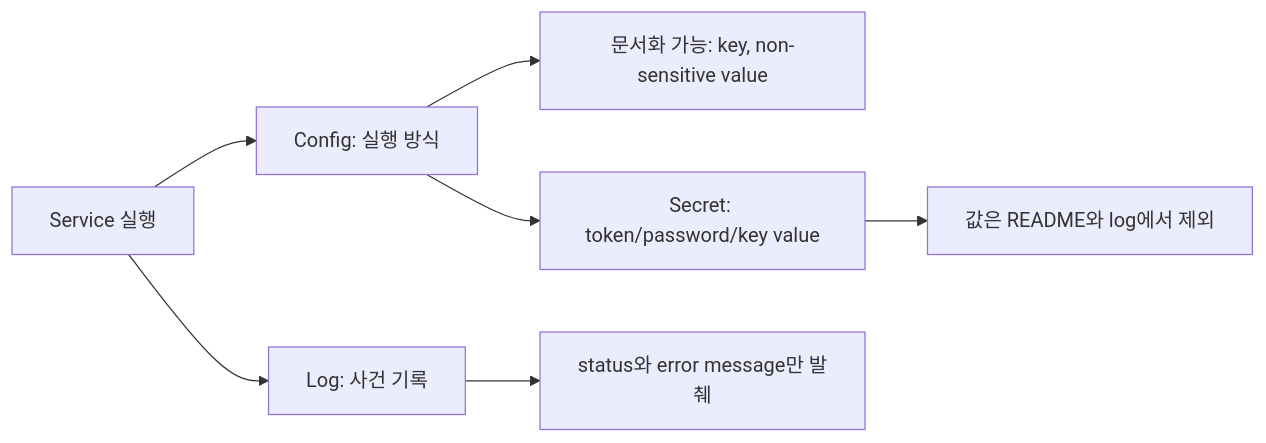
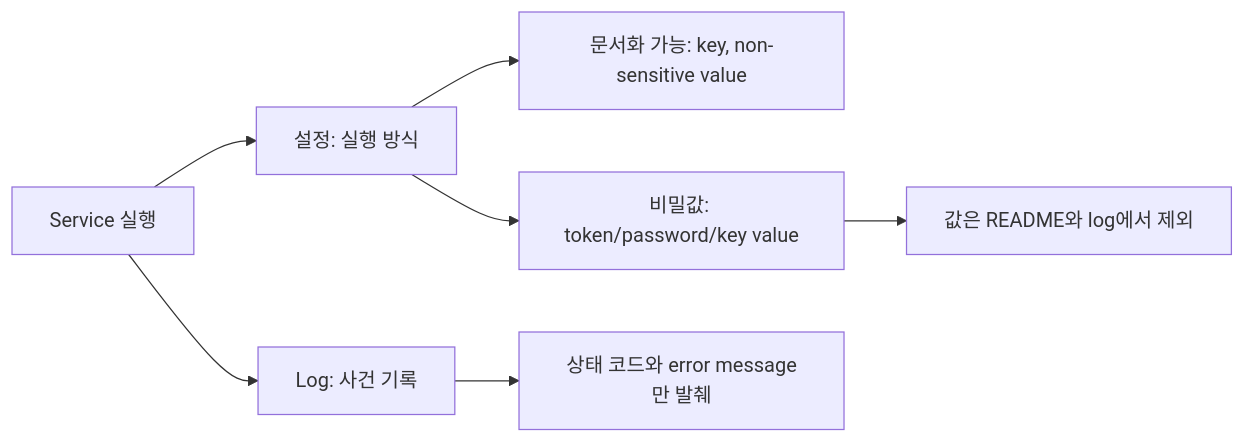
The diagram in week1/day3/lesson-02.md (HwantaLee/w3d3-github-actions-dockerhub), drawn with Mermaid before and after one commit. The commit also changed other lines of this file and 15 other files, not shown here.

````diff
--- a/week1/day3/lesson-02.md
+++ b/week1/day3/lesson-02.md
@@ -37,9 +50,9 @@
 ```mermaid
 flowchart LR
     Run[Service 실행] --> Log[Log: 사건 기록]
-    Run --> Config[Config: 실행 방식]
+    Run --> Config[설정: 실행 방식]
     Config --> Public[문서화 가능: key, non-sensitive value]
-    Config --> Secret[Secret: token/password/key value]
+    Config --> Secret[비밀값: token/password/key value]
     Secret --> Safe[값은 README와 log에서 제외]
-    Log --> Evidence[status와 error message만 발췌]
+    Log --> Evidence[상태 코드와 error message만 발췌]
 ```
````
